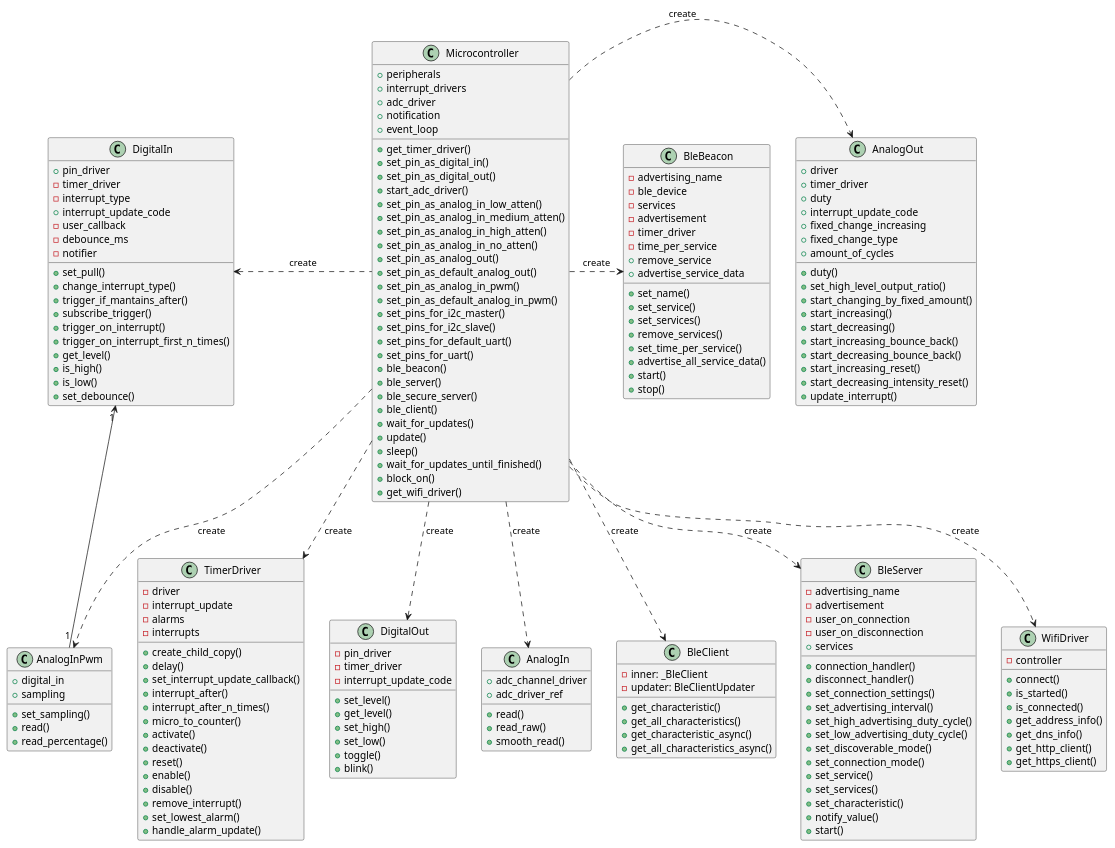
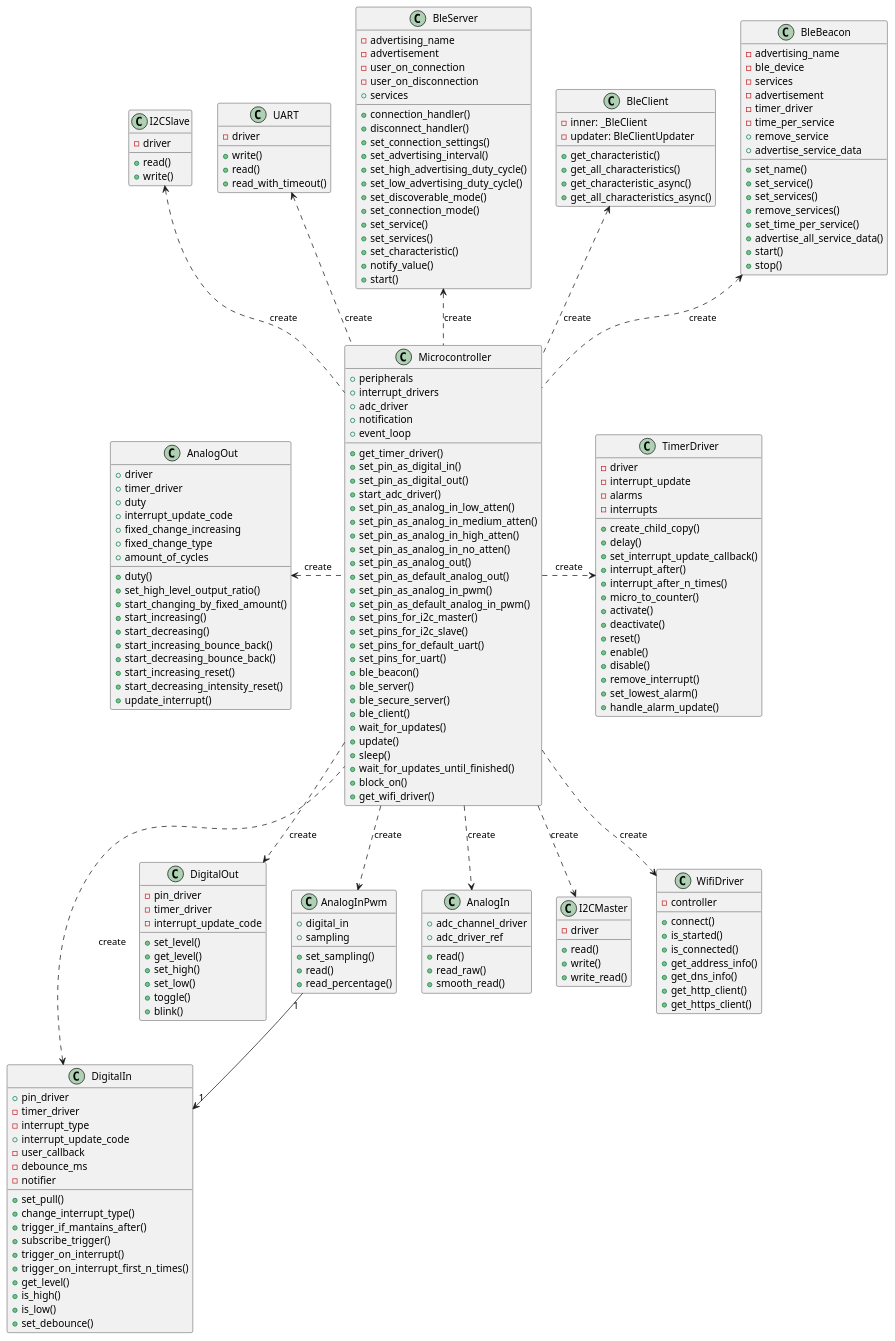
The diagram in diagrams/microcontroller-general.puml (esp32framework/esp32framework), drawn with PlantUML before and after one commit. The commit also changed 8 other files, not shown here.

```diff
--- a/diagrams/microcontroller-general.puml
+++ b/diagrams/microcontroller-general.puml
@@ -124,6 +124,26 @@
     + update_interrupt()
 }
 
+class I2CMaster{
+    - driver
+    + read() 
+    + write() 
+    + write_read() 
+}
+
+class I2CSlave{
+    - driver
+    + read()
+    + write()
+}
+
+class UART{
+    - driver
+    + write()
+    + read()
+    +read_with_timeout()
+}
+
 class BleBeacon{
     - advertising_name
     - ble_device
@@ -189,12 +209,15 @@
 Microcontroller ..> AnalogIn: create
 Microcontroller .left.> DigitalIn: create
 Microcontroller ..> AnalogInPwm: create
-Microcontroller .> AnalogOut: create
-Microcontroller .> BleBeacon: create
-Microcontroller ..> BleClient: create
-Microcontroller ..> BleServer: create
-Microcontroller ..> WifiDriver: create
-Microcontroller ..> TimerDriver: create
-AnalogInPwm "1" --> "1" DigitalIn
+Microcontroller .left.> AnalogOut: create
+Microcontroller .up.> BleBeacon: create
+Microcontroller .up.> BleClient: create
+Microcontroller .up.> BleServer: create
+Microcontroller .down.> WifiDriver: create
+Microcontroller .> TimerDriver: create
+Microcontroller .up.> UART: create
+Microcontroller .down.> I2CMaster: create
+Microcontroller .up.> I2CSlave: create
+AnalogInPwm "1" -down-> "1" DigitalIn
 
 @enduml
```
